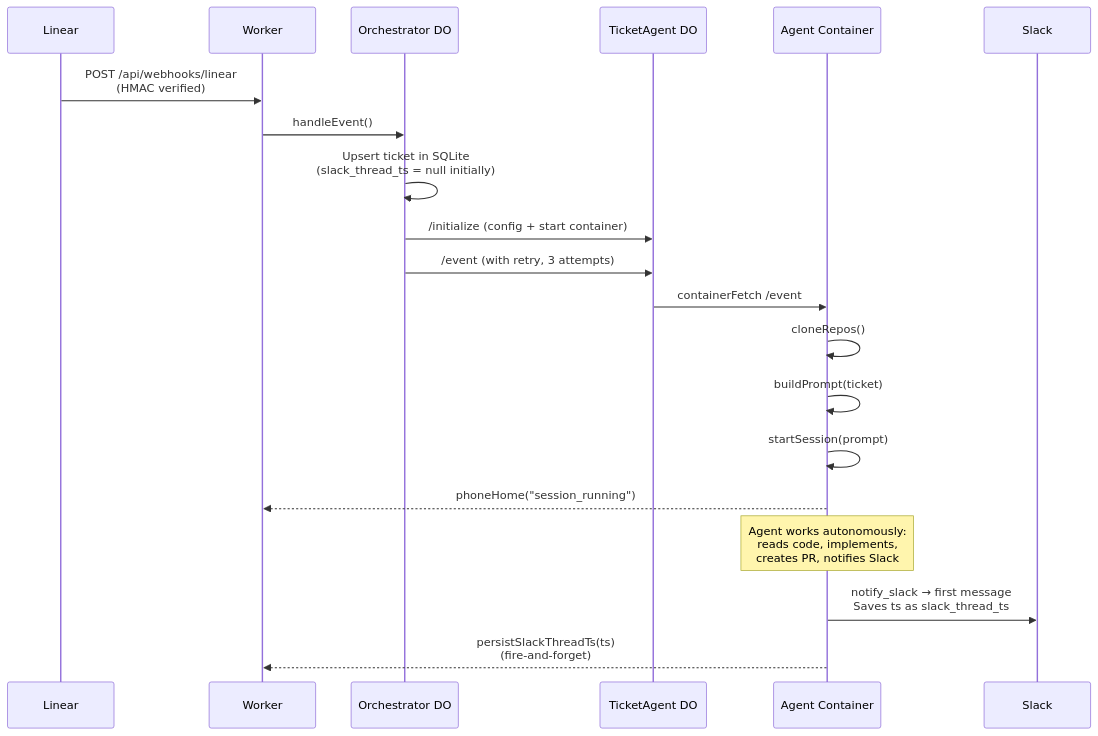
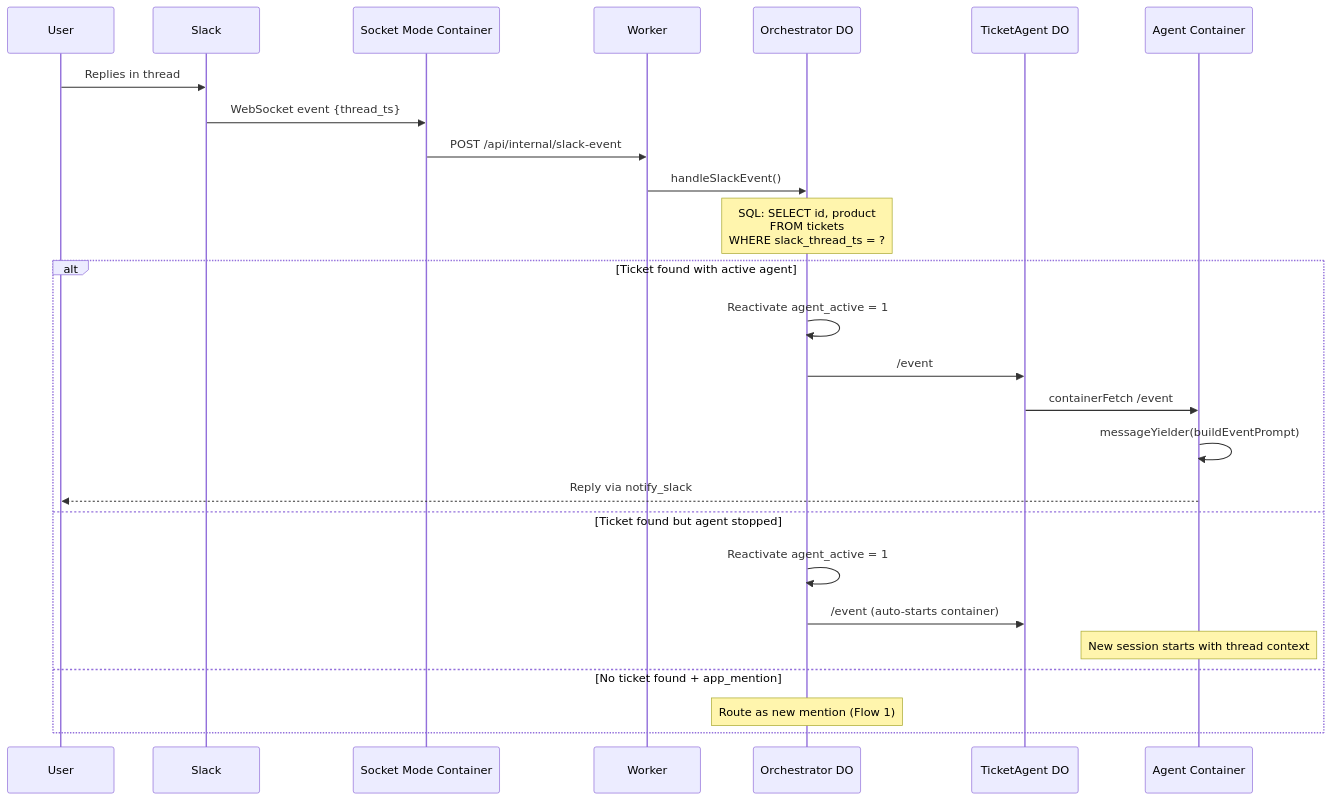
Before and after one commit to fryanpan/product-engineer: the sixth of 8 diagrams in docs/architecture/architecture.md, drawn with Mermaid. The commit also changed other lines of this file and 32 other files, not shown here.

First line of the commit message:
docs: add v3 architecture plans, design docs, and update references

````diff
--- a/docs/architecture/architecture.md
+++ b/docs/architecture/architecture.md
@@ -182,25 +377,32 @@
 ```mermaid
 sequenceDiagram
-    participant Linear
+    participant User
+    participant Slack
+    participant SM as Socket Mode Container
     participant W as Worker
     participant O as Orchestrator DO
     participant TA as TicketAgent DO
     participant AC as Agent Container
 
-    Linear->>W: POST /api/webhooks/linear<br/>(HMAC verified)
-    W->>O: handleEvent()
-    O->>O: Upsert ticket in SQLite<br/>(slack_thread_ts = null initially)
-    O->>TA: /initialize (config + start container)
-    O->>TA: /event (with retry, 3 attempts)
-    TA->>AC: containerFetch /event
+    User->>Slack: Replies in thread
+    Slack->>SM: WebSocket event {thread_ts}
 
-    AC->>AC: cloneRepos()
-    AC->>AC: buildPrompt(ticket)
-    AC->>AC: startSession(prompt)
-    AC-->>W: phoneHome("session_running")
+    SM->>W: POST /api/internal/slack-event
+    W->>O: handleSlackEvent()
 
-    Note over AC: Agent works autonomously:<br/>reads code, implements,<br/>creates PR, notifies Slack
+    Note over O: SQL: SELECT id, product<br/>FROM tickets<br/>WHERE slack_thread_ts = ?
 
-    AC->>Slack: notify_slack → first message<br/>Saves ts as slack_thread_ts
-    AC-->>W: persistSlackThreadTs(ts)<br/>(fire-and-forget)
+    alt Ticket found with active agent
+        O->>O: Reactivate agent_active = 1
+        O->>TA: /event
+        TA->>AC: containerFetch /event
+        AC->>AC: messageYielder(buildEventPrompt)
+        AC-->>User: Reply via notify_slack
+    else Ticket found but agent stopped
+        O->>O: Reactivate agent_active = 1
+        O->>TA: /event (auto-starts container)
+        Note over AC: New session starts with thread context
+    else No ticket found + app_mention
+        Note over O: Route as new mention (Flow 1)
+    end
 ```
````
